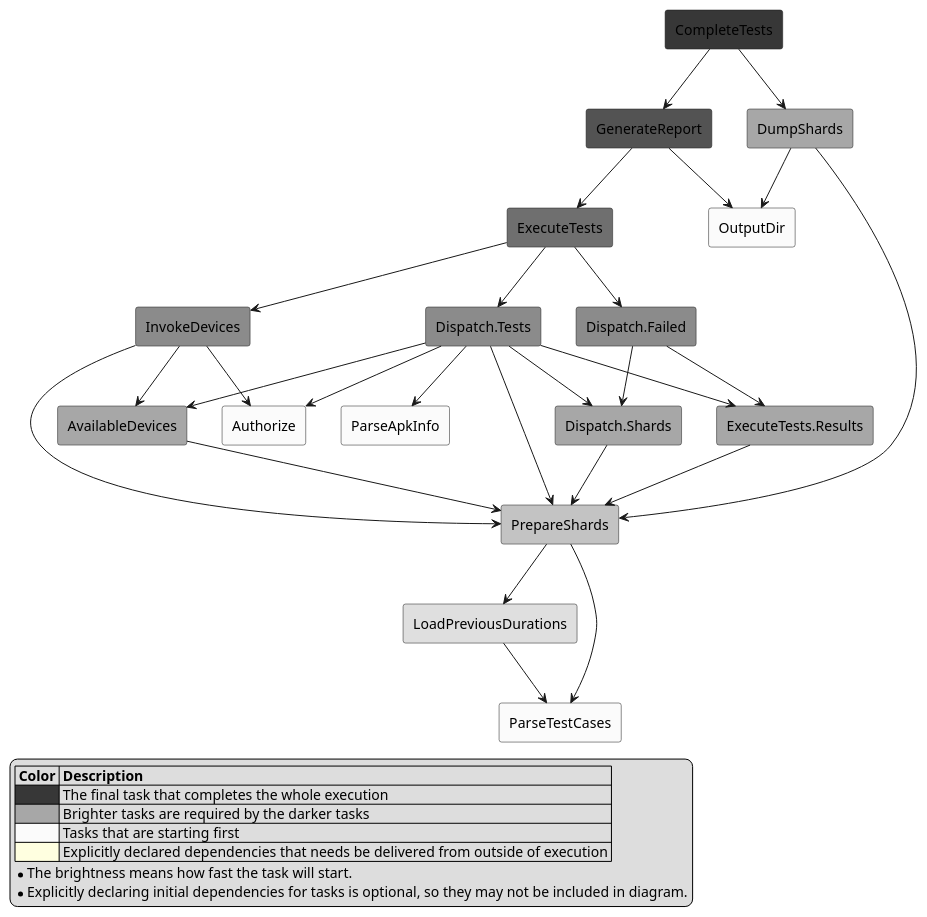
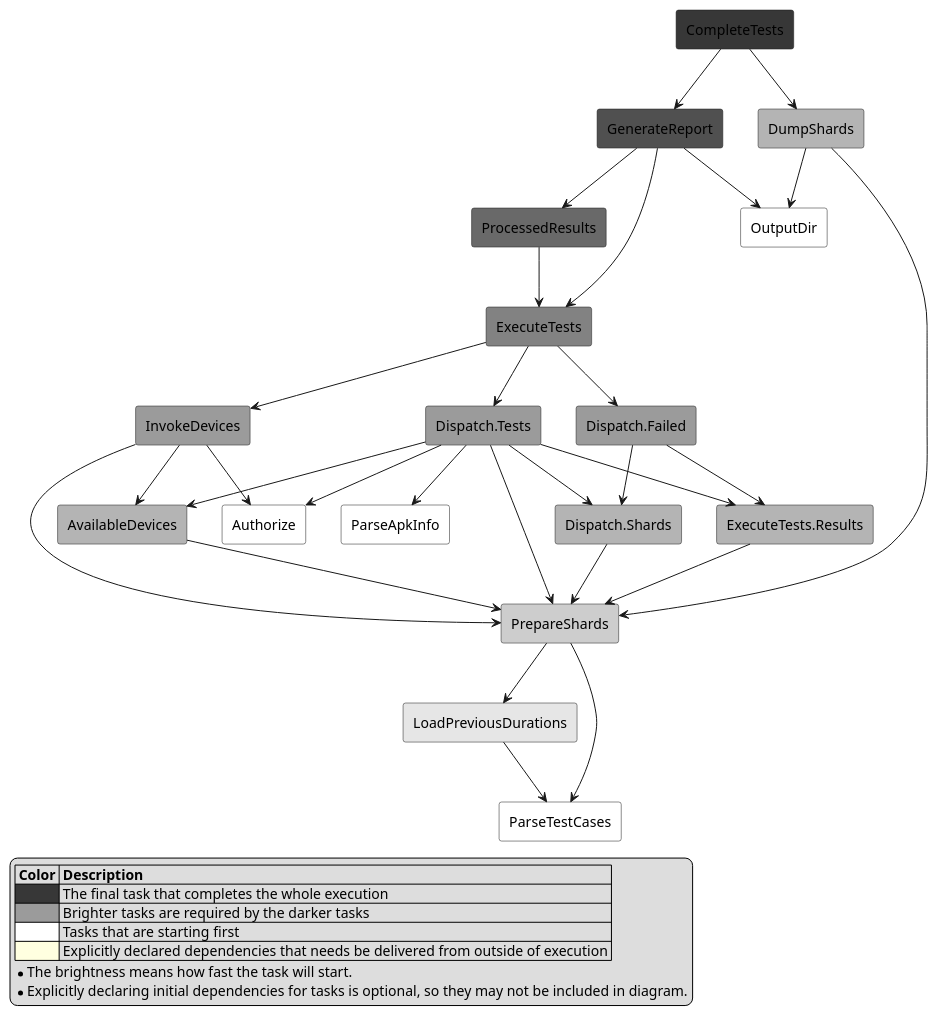
One commit to Flank/flank changed the diagram in corellium/domain/TestAndroid-execute.puml. Above: the diagram before and after it, drawn with PlantUML.

Commit message:
[Auto-commit] Added files fixed by Detekt

```diff
--- a/corellium/domain/TestAndroid-execute.puml
+++ b/corellium/domain/TestAndroid-execute.puml
@@ -1,59 +1,62 @@
 @startuml
 
 skinparam componentStyle rectangle
 
 legend left
   |= Color |= Description |
   |<#373737>| The final task that completes the whole execution |
-  |<#a7a7a7>| Brighter tasks are required by the darker tasks |
-  |<#fbfbfb>| Tasks that are starting first |
+  |<#9b9b9b>| Brighter tasks are required by the darker tasks |
+  |<#ffffff>| Tasks that are starting first |
   |<#LightYellow>| Explicitly declared dependencies that needs be delivered from outside of execution |
   * The brightness means how fast the task will start.
   * Explicitly declaring initial dependencies for tasks is optional, so they may not be included in diagram.
 end legend
 
-[Authorize] #fbfbfb
-[OutputDir] #fbfbfb
-[ParseApkInfo] #fbfbfb
-[ParseTestCases] #fbfbfb
-[LoadPreviousDurations] #dfdfdf
-[PrepareShards] #c3c3c3
-[Dispatch.Shards] #a7a7a7
-[DumpShards] #a7a7a7
-[ExecuteTests.Results] #a7a7a7
-[AvailableDevices] #a7a7a7
-[Dispatch.Tests] #8b8b8b
-[Dispatch.Failed] #8b8b8b
-[InvokeDevices] #8b8b8b
-[ExecuteTests] #6f6f6f
-[GenerateReport] #535353
+[Authorize] #ffffff
+[OutputDir] #ffffff
+[ParseApkInfo] #ffffff
+[ParseTestCases] #ffffff
+[LoadPreviousDurations] #e6e6e6
+[PrepareShards] #cdcdcd
+[AvailableDevices] #b4b4b4
+[Dispatch.Shards] #b4b4b4
+[DumpShards] #b4b4b4
+[ExecuteTests.Results] #b4b4b4
+[Dispatch.Failed] #9b9b9b
+[Dispatch.Tests] #9b9b9b
+[InvokeDevices] #9b9b9b
+[ExecuteTests] #828282
+[ProcessedResults] #696969
+[GenerateReport] #505050
 [CompleteTests] #373737
 
+[AvailableDevices] --> [PrepareShards]
+[Dispatch.Failed] --> [Dispatch.Shards]
+[Dispatch.Failed] --> [ExecuteTests.Results]
 [Dispatch.Shards] --> [PrepareShards]
 [Dispatch.Tests] --> [ParseApkInfo]
 [Dispatch.Tests] --> [Authorize]
 [Dispatch.Tests] --> [PrepareShards]
 [Dispatch.Tests] --> [AvailableDevices]
 [Dispatch.Tests] --> [Dispatch.Shards]
 [Dispatch.Tests] --> [ExecuteTests.Results]
-[Dispatch.Failed] --> [Dispatch.Shards]
-[Dispatch.Failed] --> [ExecuteTests.Results]
 [DumpShards] --> [PrepareShards]
 [DumpShards] --> [OutputDir]
 [ExecuteTests] --> [InvokeDevices]
 [ExecuteTests] --> [Dispatch.Tests]
 [ExecuteTests] --> [Dispatch.Failed]
 [CompleteTests] --> [GenerateReport]
 [CompleteTests] --> [DumpShards]
 [GenerateReport] --> [ExecuteTests]
+[GenerateReport] --> [ProcessedResults]
 [GenerateReport] --> [OutputDir]
 [ExecuteTests.Results] --> [PrepareShards]
-[AvailableDevices] --> [PrepareShards]
 [InvokeDevices] --> [Authorize]
 [InvokeDevices] --> [PrepareShards]
 [InvokeDevices] --> [AvailableDevices]
 [LoadPreviousDurations] --> [ParseTestCases]
 [PrepareShards] --> [ParseTestCases]
 [PrepareShards] --> [LoadPreviousDurations]
+[ProcessedResults] --> [ExecuteTests]
 
 @enduml
```
